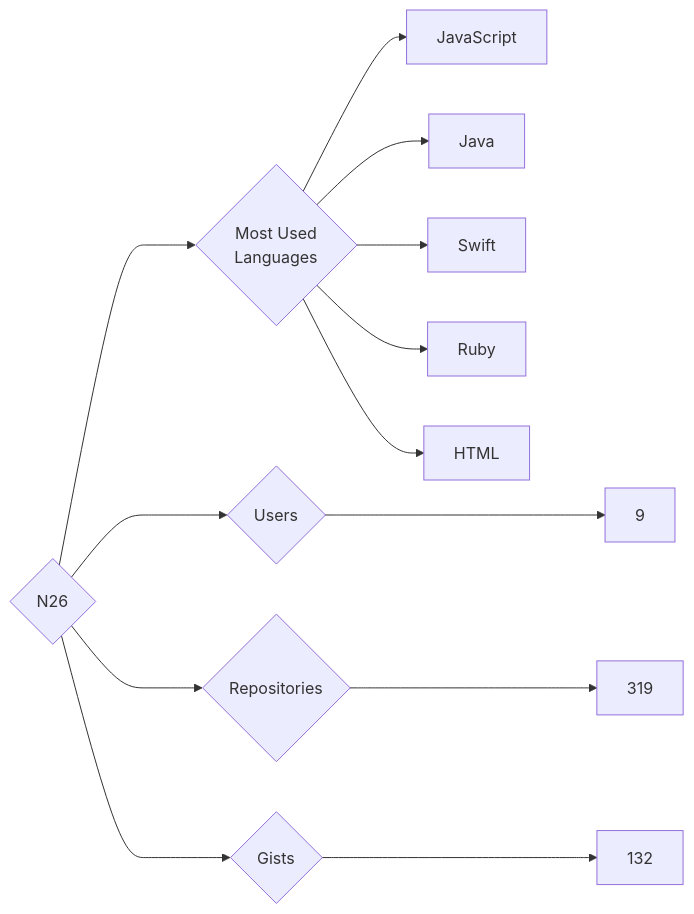
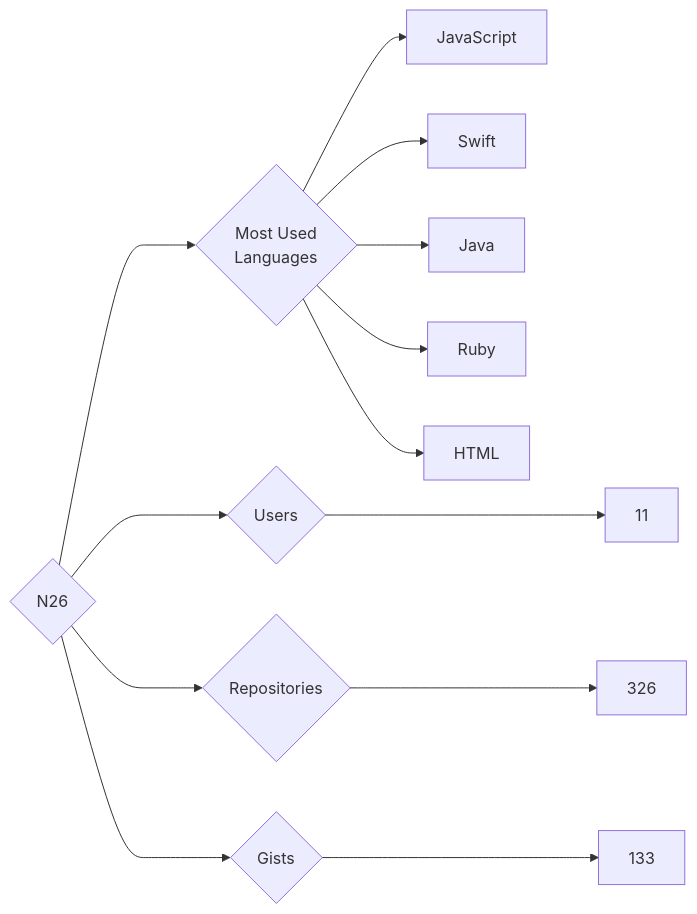
One commit to trickest/insiders changed the diagram in targets/N26/README.md. Above: the diagram before and after it, drawn with Mermaid. The commit also changed 787 other files, not shown here.

````diff
--- a/targets/N26/README.md
+++ b/targets/N26/README.md
@@ -3,13 +3,13 @@
 ```mermaid
 graph LR
 COMPANY_NAME{N26}
-COMPANY_NAME ---> U{Users} ---> UN[9]
-COMPANY_NAME ---> R{Repositories} ---> RN[319]
-COMPANY_NAME ---> G{Gists} ---> GN[132]
+COMPANY_NAME ---> U{Users} ---> UN[11]
+COMPANY_NAME ---> R{Repositories} ---> RN[326]
+COMPANY_NAME ---> G{Gists} ---> GN[133]
 COMPANY_NAME ---> ML{Most Used<br>Languages}
 ML --> JavaScript[JavaScript]
+ML --> Swift[Swift]
 ML --> Java[Java]
-ML --> Swift[Swift]
 ML --> Ruby[Ruby]
 ML --> HTML[HTML]
 ```
````
